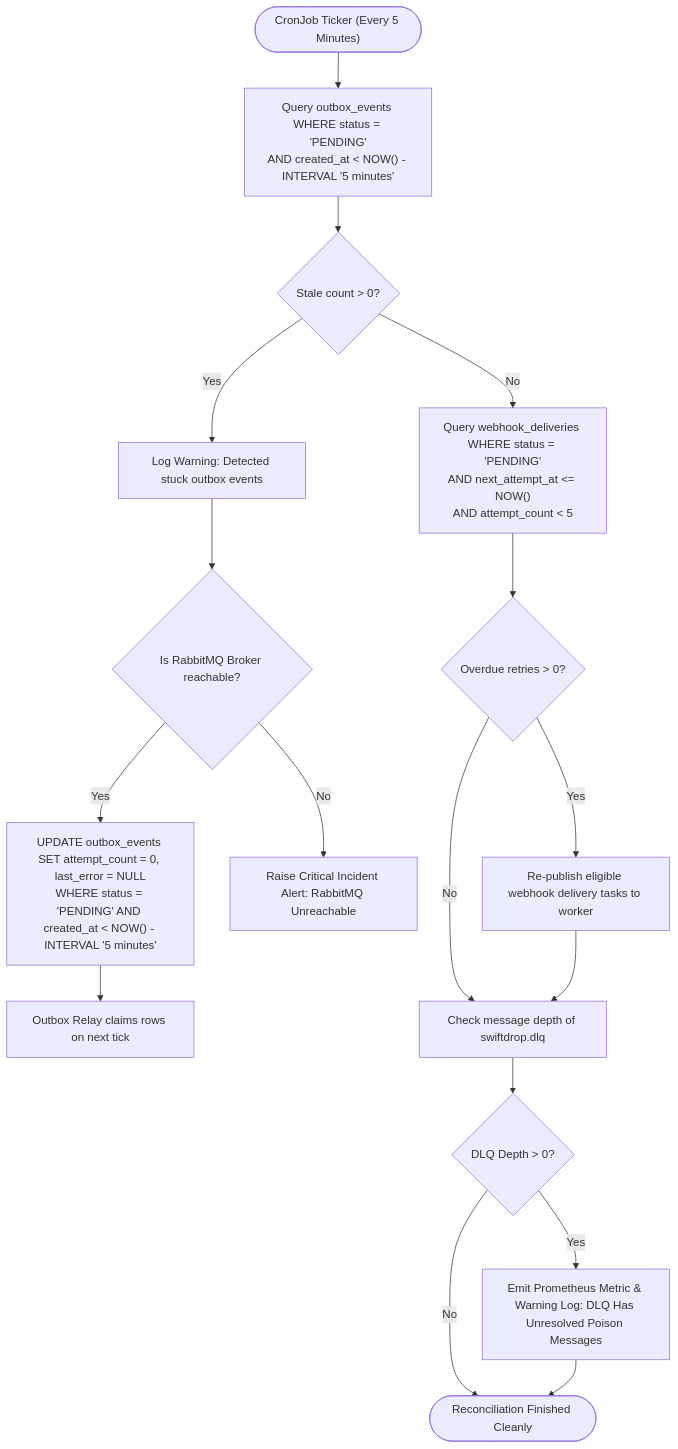
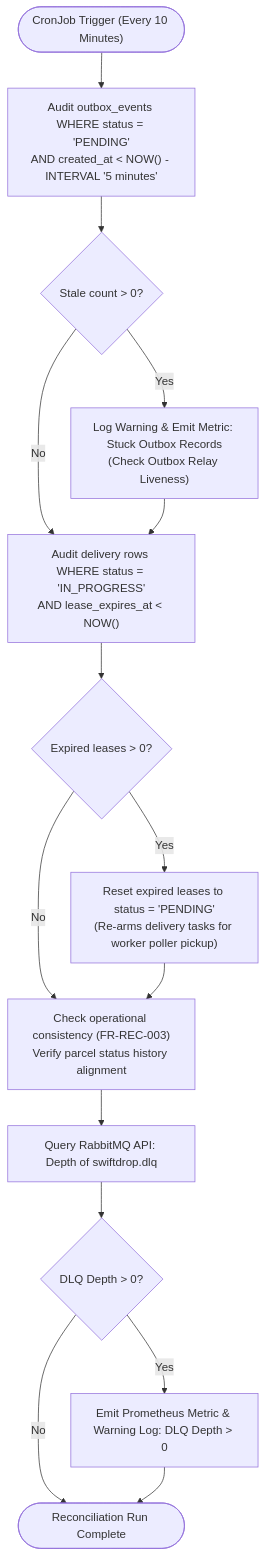
One commit to phantomTroupeEAD/SwiftDrop changed the eighth of 8 diagrams in docs/drafts/member-08-events-messaging/doc-02-functional-flows-and-business-rules.md. Above: the diagram before and after it, drawn with Mermaid. The commit also changed other lines of this file and 13 other files, not shown here.

````diff
--- a/docs/drafts/member-08-events-messaging/doc-02-functional-flows-and-business-rules.md
+++ b/docs/drafts/member-08-events-messaging/doc-02-functional-flows-and-business-rules.md
@@ -378,24 +372,20 @@
 ```mermaid
 flowchart TD
-    CronStart(["CronJob Ticker (Every 5 Minutes)"]) --> QueryStaleOutbox["Query outbox_events WHERE status = 'PENDING'<br/>AND created_at < NOW() - INTERVAL '5 minutes'"]
+    CronStart(["CronJob Trigger (Every 10 Minutes)"]) --> AuditOutbox["Audit outbox_events WHERE status = 'PENDING'<br/>AND created_at < NOW() - INTERVAL '5 minutes'"]
     
-    QueryStaleOutbox --> StaleCount{"Stale count > 0?"}
-    StaleCount -- Yes --> LogStale["Log Warning: Detected stuck outbox events"]
-    LogStale --> CheckBroker{"Is RabbitMQ Broker reachable?"}
+    AuditOutbox --> StaleCount{"Stale count > 0?"}
+    StaleCount -- Yes --> LogStale["Log Warning & Emit Metric: Stuck Outbox Records<br/>(Check Outbox Relay Liveness)"]
+    StaleCount -- No --> CheckLeases["Audit delivery rows WHERE status = 'IN_PROGRESS'<br/>AND lease_expires_at < NOW()"]
     
-    CheckBroker -- Yes --> ResetOutbox["UPDATE outbox_events SET attempt_count = 0, last_error = NULL<br/>WHERE status = 'PENDING' AND created_at < NOW() - INTERVAL '5 minutes'"]
-    ResetOutbox --> RelayNotified["Outbox Relay claims rows on next tick"]
-    CheckBroker -- No --> RaiseBrokerAlert["Raise Critical Incident Alert: RabbitMQ Unreachable"]
+    LogStale --> CheckLeases
+    CheckLeases --> ExpiredLeases{"Expired leases > 0?"}
+    ExpiredLeases -- Yes --> ResetLeases["Reset expired leases to status = 'PENDING'<br/>(Re-arms delivery tasks for worker poller pickup)"]
+    ExpiredLeases -- No --> AuditConsistency["Check operational consistency (FR-REC-003)<br/>Verify parcel status history alignment"]
     
-    StaleCount -- No --> CheckRetries["Query webhook_deliveries WHERE status = 'PENDING'<br/>AND next_attempt_at <= NOW()<br/>AND attempt_count < 5"]
-    
-    CheckRetries --> OverdueCount{"Overdue retries > 0?"}
-    OverdueCount -- Yes --> TriggerRetryWorker["Re-publish eligible webhook delivery tasks to worker"]
-    OverdueCount -- No --> AuditDLQ["Check message depth of swiftdrop.dlq"]
-    
-    TriggerRetryWorker --> AuditDLQ
-    AuditDLQ --> DLQCount{"DLQ Depth > 0?"}
-    DLQCount -- Yes --> LogDLQAlert["Emit Prometheus Metric & Warning Log: DLQ Has Unresolved Poison Messages"]
-    DLQCount -- No --> SuccessFinish(["Reconciliation Finished Cleanly"])
+    ResetLeases --> AuditConsistency
+    AuditConsistency --> CheckDLQ["Query RabbitMQ API: Depth of swiftdrop.dlq"]
+    CheckDLQ --> DLQCount{"DLQ Depth > 0?"}
+    DLQCount -- Yes --> LogDLQAlert["Emit Prometheus Metric & Warning Log: DLQ Depth > 0"]
+    DLQCount -- No --> SuccessFinish(["Reconciliation Run Complete"])
     LogDLQAlert --> SuccessFinish
 ```
````
